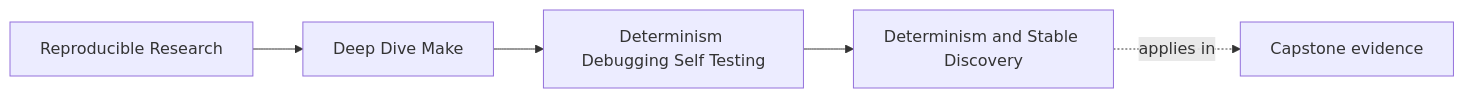
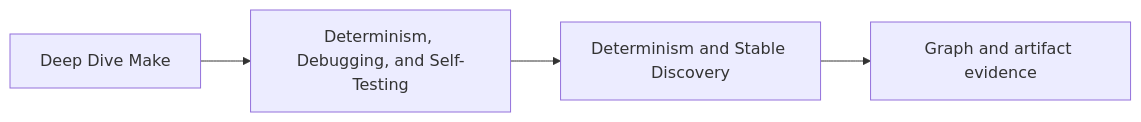
Before and after one commit to bijux/bijux-masterclass: the first of 3 diagrams in programs/reproducible-research/deep-dive-make/course-book/module-03-determinism-debugging-self-testing/determinism-and-stable-discovery.md, drawn with Mermaid. The commit also changed other lines of this file, not shown here.

Commit message:
docs(make): separate determinism proof boundaries

````diff
--- a/programs/reproducible-research/deep-dive-make/course-book/module-03-determinism-debugging-self-testing/determinism-and-stable-discovery.md
+++ b/programs/reproducible-research/deep-dive-make/course-book/module-03-determinism-debugging-self-testing/determinism-and-stable-discovery.md
@@ -7,11 +9,6 @@
 ```mermaid
 graph LR
-  family["Reproducible Research"]
-  program["Deep Dive Make"]
-  section["Determinism Debugging Self Testing"]
-  page["Determinism and Stable Discovery"]
-  capstone["Capstone evidence"]
-
-  family --> program --> section --> page
-  page -.applies in.-> capstone
+  course["Deep Dive Make"] --> module["Determinism, Debugging, and Self-Testing"]
+  module --> page["Determinism and Stable Discovery"]
+  page --> proof["Graph and artifact evidence"]
 ```
````
